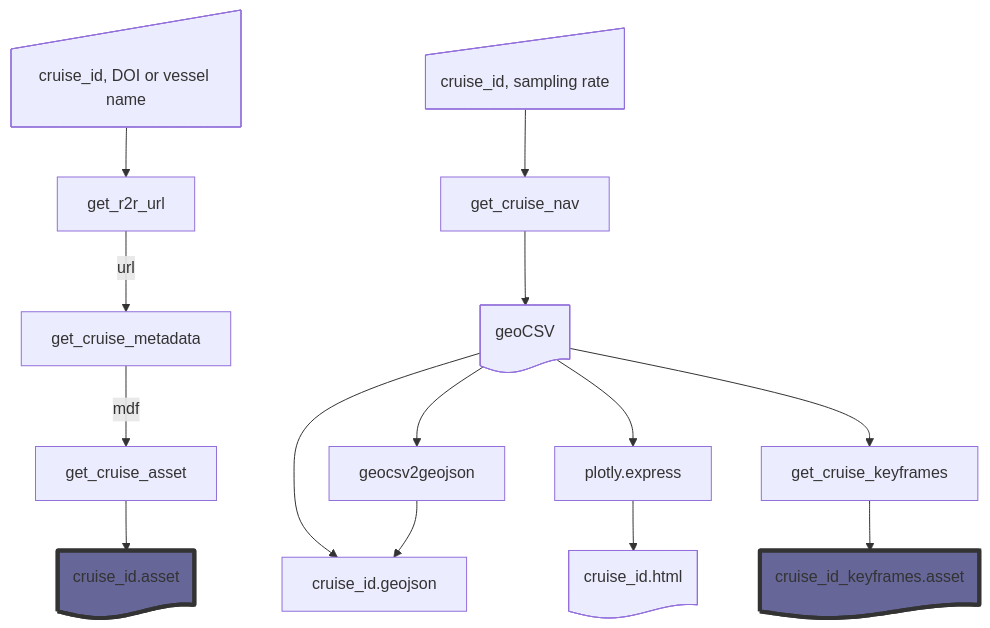
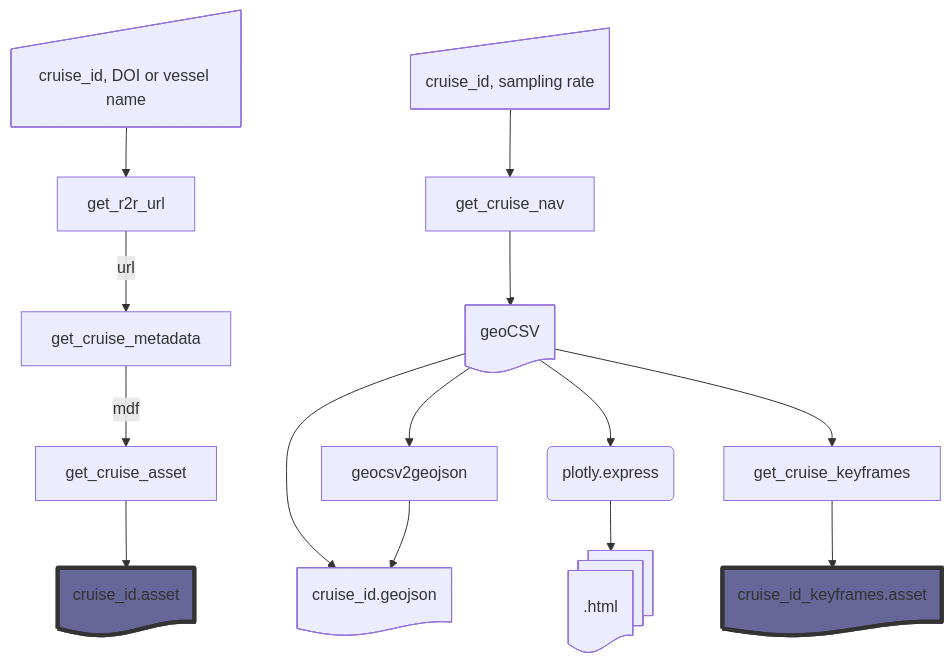
The diagram in README.md (KCollins/openspace-rvdata), drawn with Mermaid before and after one commit.

Commit message:
Update README.md
Mermaid edits.

````diff
--- a/README.md
+++ b/README.md
@@ -12,27 +12,27 @@
 ```mermaid
 flowchart TD
     n1["cruise_id, DOI or vessel name"] --> n2["get_r2r_url"]
     n2 -- url --> n3["get_cruise_metadata"]
     n3 -- mdf --> n4["get_cruise_asset"]
     n4 --> n5["cruise_id.asset"]
     n6["cruise_id, sampling rate"] --> n7["get_cruise_nav"]
     n7 --> n8["geoCSV"]
-    n8 --> n9["geocsv2geojson"] & n10["cruise_id.geojson"] & n11["plotly.express"] & n13["get_cruise_keyframes"]
+    n8 --> n9["geocsv2geojson"] & n10["cruise_id.geojson"] & n11("plotly.express") & n13["get_cruise_keyframes"]
     n9 --> n10
-    n11 --> n12["cruise_id.html"]
+    n11 --> n12[".html"]
     n13 --> n14["cruise_id_keyframes.asset"]
 
     n1@{ shape: manual-input}
     n2@{ shape: process}
     n5@{ shape: document}
     n6@{ shape: manual-input}
     n8@{ shape: document}
     n9@{ shape:document}
-    n11@{ shape:curv-trap}
-    n12@{ shape: document}
+    n10@{ shape: document}
+    n12@{ shape: docs}
     n14@{ shape: document}
     click n1 "https://www.rvdata.us/search/cruise/RR2402"
    
    style n5 fill:#669,stroke:#333,stroke-width:4px 
    style n14 fill:#669,stroke:#333,stroke-width:4px
 ```
````
